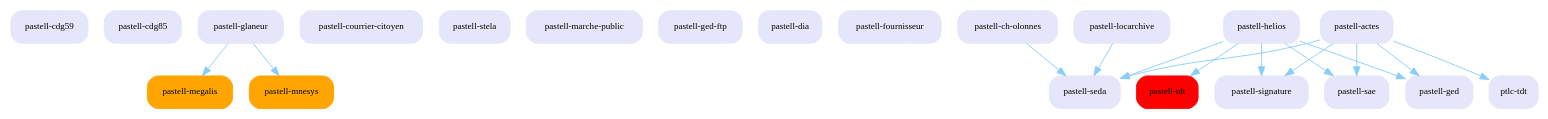
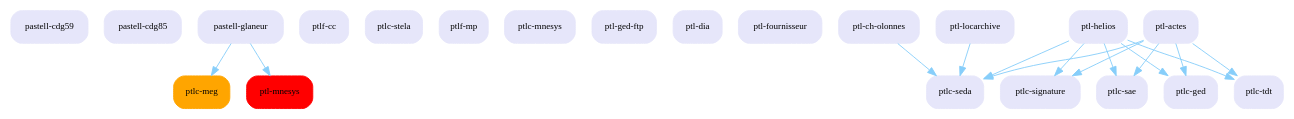
One commit to megalis-bretagne/pastell changed the diagram in web/img/extensions_graphe/extensions_graphe.dot. Above: the diagram before and after it, drawn with Graphviz. The commit also changed 1 other file, not shown here.

```diff
--- a/web/img/extensions_graphe/extensions_graphe.dot
+++ b/web/img/extensions_graphe/extensions_graphe.dot
@@ -1,52 +1,52 @@
 digraph G {
 edge [color=lightskyblue,arrowsize=1];
 node [color=lavender,fontsize = "10",shape=box,style="rounded,filled"];
 pastell_cdg59[label="pastell-cdg59"];
 pastell_cdg85[label="pastell-cdg85"];
-pastell_megalis[label="pastell-megalis"];
-pastell_courrier_citoyen[label="pastell-courrier-citoyen"];
-pastell_stela[label="pastell-stela"];
-pastell_marche_public[label="pastell-marche-public"];
+ptlc_meg[label="ptlc-meg"];
+ptlf_cc[label="ptlf-cc"];
+ptlc_stela[label="ptlc-stela"];
+ptlf_mp[label="ptlf-mp"];
 pastell_glaneur[label="pastell-glaneur"];
-pastell_glaneur->pastell_megalis;
-pastell_megalis[label="pastell-megalis", color = orange];
-pastell_glaneur->pastell_mnesys;
-pastell_mnesys[label="pastell-mnesys", color = orange];
-pastell_mnesys[label="pastell-mnesys"];
-pastell_ged_ftp[label="pastell-ged-ftp"];
-pastell_dia[label="pastell-dia"];
-pastell_fournisseur[label="pastell-fournisseur"];
-pastell_ch_olonnes[label="pastell-ch-olonnes"];
-pastell_ch_olonnes->pastell_seda;
-pastell_seda[label="pastell-seda"];
-pastell_locarchive[label="pastell-locarchive"];
-pastell_locarchive->pastell_seda;
-pastell_seda[label="pastell-seda"];
-pastell_helios[label="pastell-helios"];
-pastell_helios->pastell_seda;
-pastell_seda[label="pastell-seda"];
-pastell_helios->pastell_tdt;
-pastell_tdt[label="pastell-tdt", color = red];
-pastell_helios->pastell_signature;
-pastell_signature[label="pastell-signature"];
-pastell_helios->pastell_sae;
-pastell_sae[label="pastell-sae"];
-pastell_helios->pastell_ged;
-pastell_ged[label="pastell-ged"];
-pastell_actes[label="pastell-actes"];
-pastell_actes->pastell_seda;
-pastell_seda[label="pastell-seda"];
-pastell_actes->ptlc_tdt;
+pastell_glaneur->ptlc_meg;
+ptlc_meg[label="ptlc-meg", color = orange];
+pastell_glaneur->ptl_mnesys;
+ptl_mnesys[label="ptl-mnesys", color = red];
+ptlc_mnesys[label="ptlc-mnesys"];
+ptl_ged_ftp[label="ptl-ged-ftp"];
+ptl_dia[label="ptl-dia"];
+ptl_fournisseur[label="ptl-fournisseur"];
+ptl_ch_olonnes[label="ptl-ch-olonnes"];
+ptl_ch_olonnes->ptlc_seda;
+ptlc_seda[label="ptlc-seda"];
+ptl_locarchive[label="ptl-locarchive"];
+ptl_locarchive->ptlc_seda;
+ptlc_seda[label="ptlc-seda"];
+ptl_helios[label="ptl-helios"];
+ptl_helios->ptlc_seda;
+ptlc_seda[label="ptlc-seda"];
+ptl_helios->ptlc_tdt;
 ptlc_tdt[label="ptlc-tdt"];
-pastell_actes->pastell_signature;
-pastell_signature[label="pastell-signature"];
-pastell_actes->pastell_sae;
-pastell_sae[label="pastell-sae"];
-pastell_actes->pastell_ged;
-pastell_ged[label="pastell-ged"];
+ptl_helios->ptlc_signature;
+ptlc_signature[label="ptlc-signature"];
+ptl_helios->ptlc_sae;
+ptlc_sae[label="ptlc-sae"];
+ptl_helios->ptlc_ged;
+ptlc_ged[label="ptlc-ged"];
+ptl_actes[label="ptl-actes"];
+ptl_actes->ptlc_seda;
+ptlc_seda[label="ptlc-seda"];
+ptl_actes->ptlc_tdt;
 ptlc_tdt[label="ptlc-tdt"];
-pastell_seda[label="pastell-seda"];
-pastell_sae[label="pastell-sae"];
-pastell_signature[label="pastell-signature"];
-pastell_ged[label="pastell-ged"];
+ptl_actes->ptlc_signature;
+ptlc_signature[label="ptlc-signature"];
+ptl_actes->ptlc_sae;
+ptlc_sae[label="ptlc-sae"];
+ptl_actes->ptlc_ged;
+ptlc_ged[label="ptlc-ged"];
+ptlc_tdt[label="ptlc-tdt"];
+ptlc_seda[label="ptlc-seda"];
+ptlc_sae[label="ptlc-sae"];
+ptlc_signature[label="ptlc-signature"];
+ptlc_ged[label="ptlc-ged"];
 }
```
